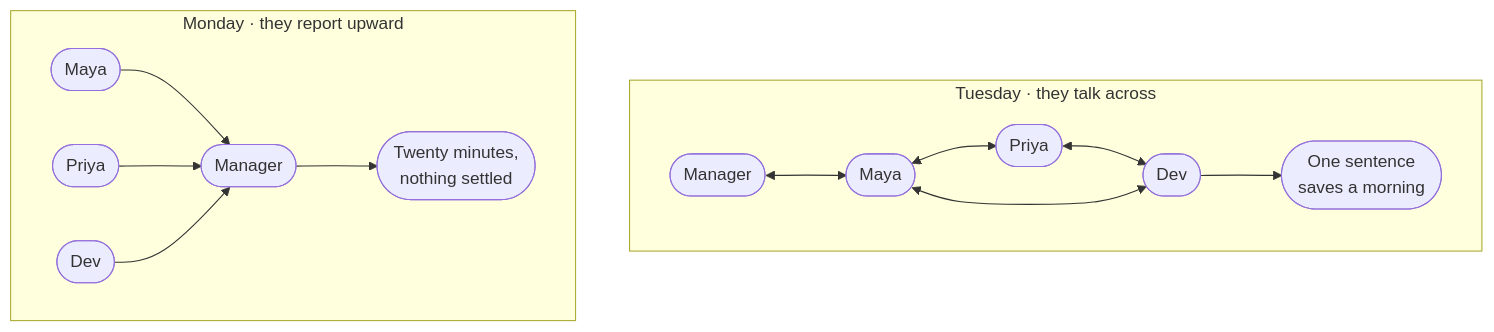
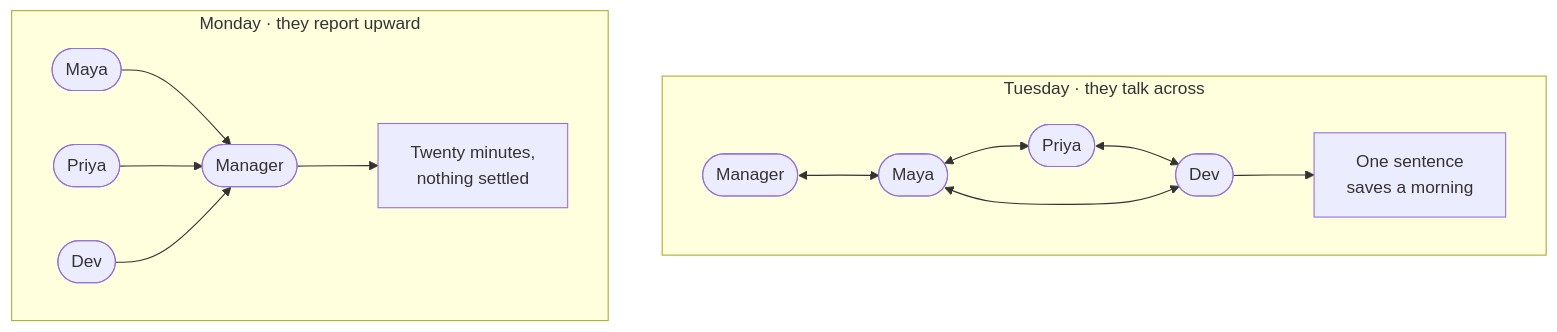
One commit to Laticent/lattice changed the first of 19 diagrams in examples/system-design-foundations.md. Above: the diagram before and after it, drawn with Mermaid. The commit also changed other lines of this file and 1 other file, not shown here.

````diff
--- a/examples/system-design-foundations.md
+++ b/examples/system-design-foundations.md
@@ -217,18 +217,18 @@
 ```mermaid
 flowchart TB
   subgraph tue["Tuesday · they talk across"]
     direction LR
     T1(["Maya"]) <--> T2(["Priya"])
     T2 <--> T3(["Dev"])
     T1 <--> T3
     T4(["Manager"]) <--> T1
-    T3 --> OUT2(["One sentence<br/>saves a morning"])
+    T3 --> OUT2["One sentence<br/>saves a morning"]
   end
   subgraph mon["Monday · they report upward"]
     direction LR
     M1(["Maya"]) --> MM(["Manager"])
     M2(["Priya"]) --> MM
     M3(["Dev"]) --> MM
-    MM --> OUT1(["Twenty minutes,<br/>nothing settled"])
+    MM --> OUT1["Twenty minutes,<br/>nothing settled"]
   end
 ```
````
